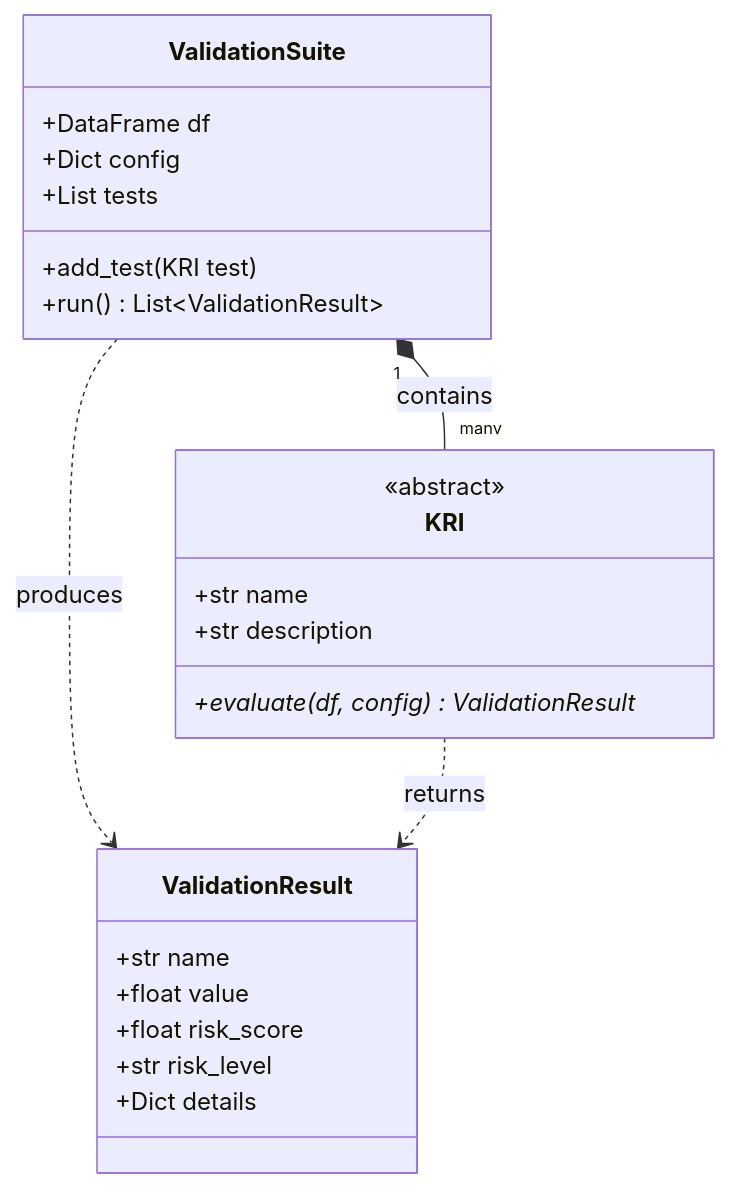
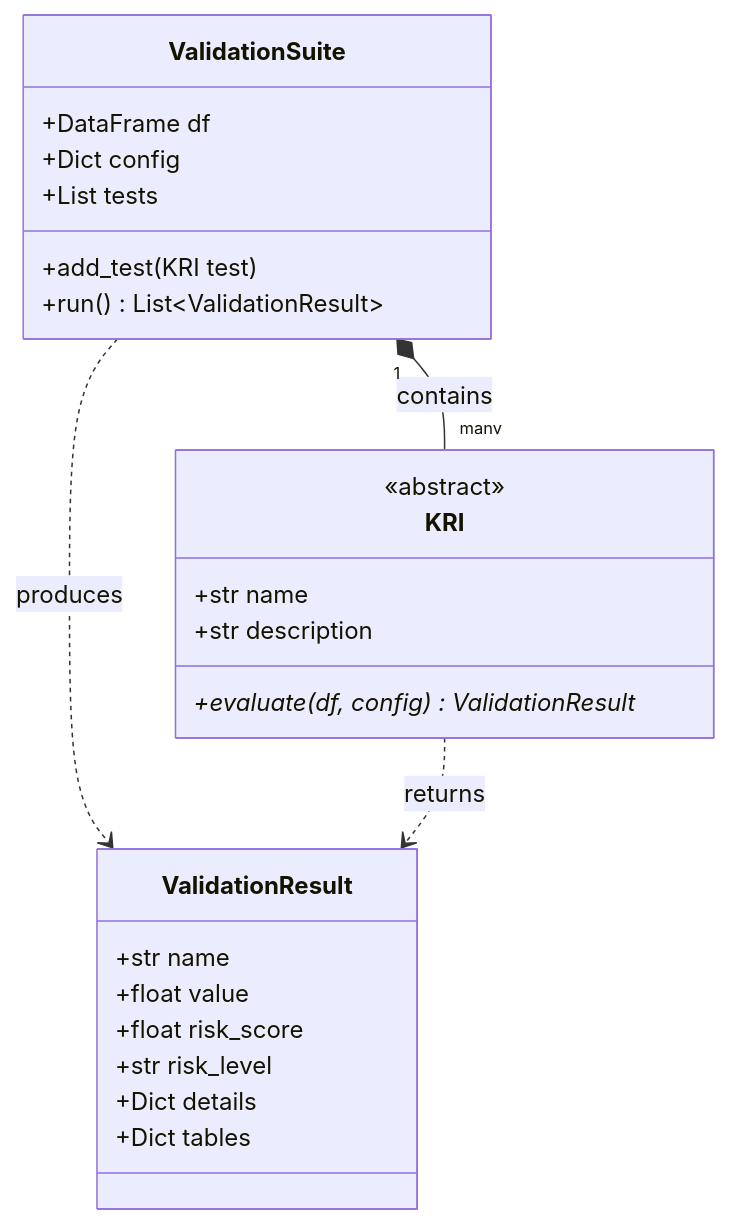
The diagram in docs/architecture.md (Cristiano2132/ModelSentry), drawn with Mermaid before and after one commit. The commit also changed other lines of this file and 5 other files, not shown here.

Commit message:
docs: update architecture docs and examples

````diff
--- a/docs/architecture.md
+++ b/docs/architecture.md
@@ -7,29 +7,30 @@
 ```mermaid
 classDiagram
     class ValidationSuite {
         +DataFrame df
         +Dict config
         +List tests
         +add_test(KRI test)
         +run() List~ValidationResult~
     }
     
     class KRI {
         <<abstract>>
         +str name
         +str description
         +evaluate(df, config)* ValidationResult
     }
     
     class ValidationResult {
         +str name
         +float value
         +float risk_score
         +str risk_level
         +Dict details
+        +Dict tables
     }
 
     ValidationSuite "1" *-- "many" KRI : contains
     ValidationSuite ..> ValidationResult : produces
     KRI ..> ValidationResult : returns
 ```
````
